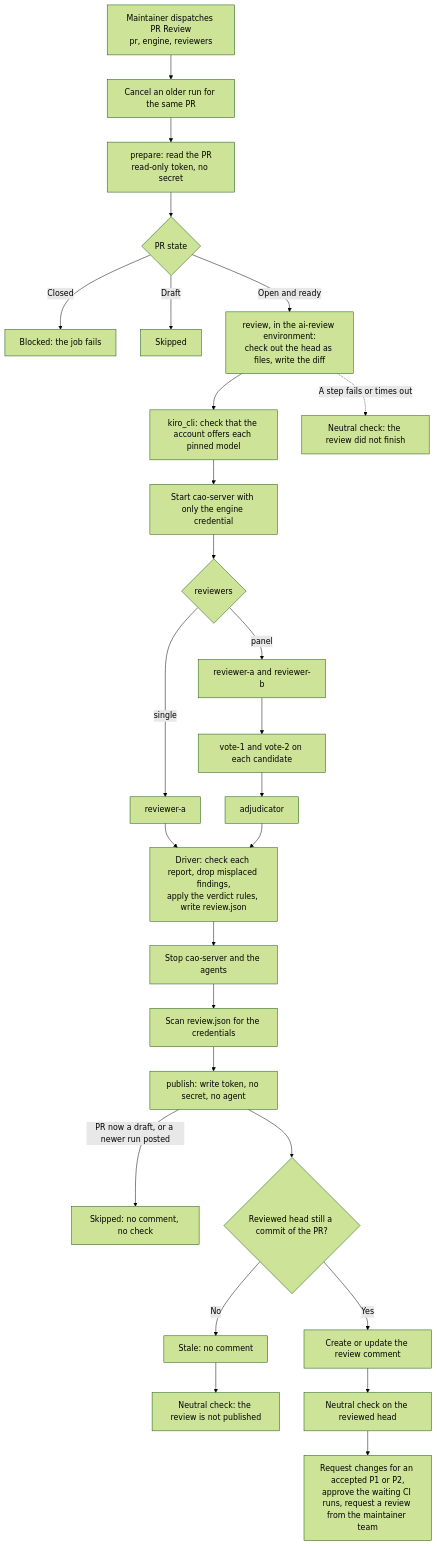
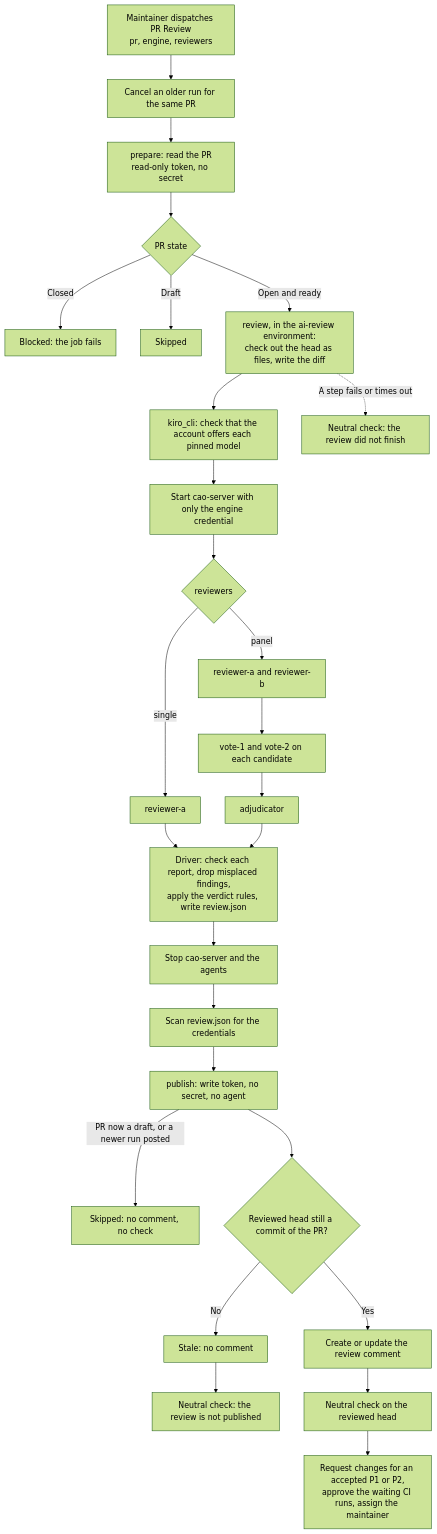
The diagram in docs/pr-review-design.md (awslabs/cli-agent-orchestrator), drawn with Mermaid (forest theme) before and after one commit. The commit also changed other lines of this file and 5 other files, not shown here.

First line of the commit message:
revert(pr-review): assign the maintainer who started the run

````diff
--- a/docs/pr-review-design.md
+++ b/docs/pr-review-design.md
@@ -123,29 +123,29 @@
 ```mermaid
 flowchart TD
     Dispatch["Maintainer dispatches PR Review<br/>pr, engine, reviewers"] --> Cancel["Cancel an older run for the same PR"]
     Cancel --> Prepare["prepare: read the PR<br/>read-only token, no secret"]
     Prepare --> Open{"PR state"}
     Open -->|"Closed"| Blocked["Blocked: the job fails"]
     Open -->|"Draft"| Skipped["Skipped"]
     Open -->|"Open and ready"| Setup["review, in the ai-review environment:<br/>check out the head as files, write the diff"]
     Setup --> Models["kiro_cli: check that the account offers each pinned model"]
     Models --> Server["Start cao-server with only the engine credential"]
     Server --> Mode{"reviewers"}
     Mode -->|"single"| One["reviewer-a"]
     Mode -->|"panel"| Two["reviewer-a and reviewer-b"]
     Two --> Votes["vote-1 and vote-2 on each candidate"]
     Votes --> Judge["adjudicator"]
     One --> Rules["Driver: check each report, drop misplaced findings,<br/>apply the verdict rules, write review.json"]
     Judge --> Rules
     Rules --> Stop["Stop cao-server and the agents"]
     Stop --> Scan["Scan review.json for the credentials"]
     Scan --> Publish["publish: write token, no secret, no agent"]
     Publish -->|"PR now a draft, or a newer run posted"| Late["Skipped: no comment, no check"]
     Publish --> Fresh{"Reviewed head still a commit of the PR?"}
     Fresh -->|"No"| Stale["Stale: no comment"]
     Stale --> NotPublished["Neutral check: the review is not published"]
     Fresh -->|"Yes"| Comment["Create or update the review comment"]
     Comment --> Check["Neutral check on the reviewed head"]
-    Check --> Act["Request changes for an accepted P1 or P2,<br/>approve the waiting CI runs, request a review from the maintainer team"]
+    Check --> Act["Request changes for an accepted P1 or P2,<br/>approve the waiting CI runs, assign the maintainer"]
     Setup -.->|"A step fails or times out"| Failed["Neutral check: the review did not finish"]
 ```
````
